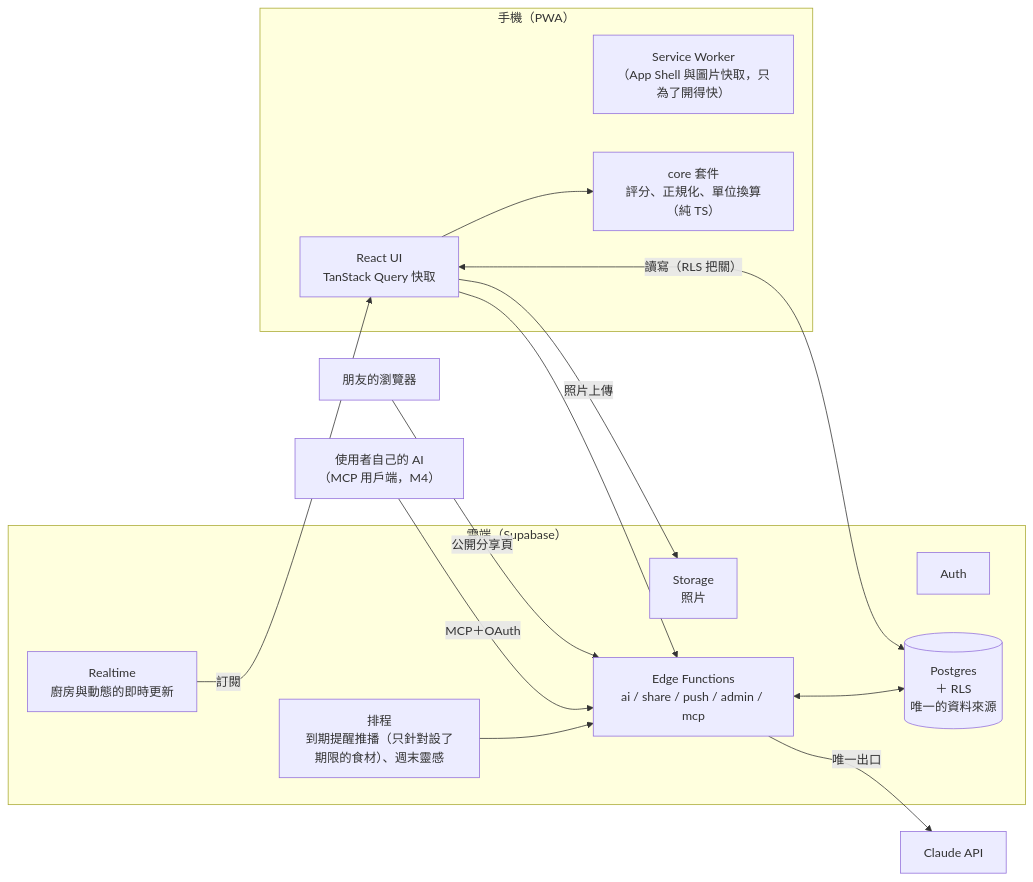
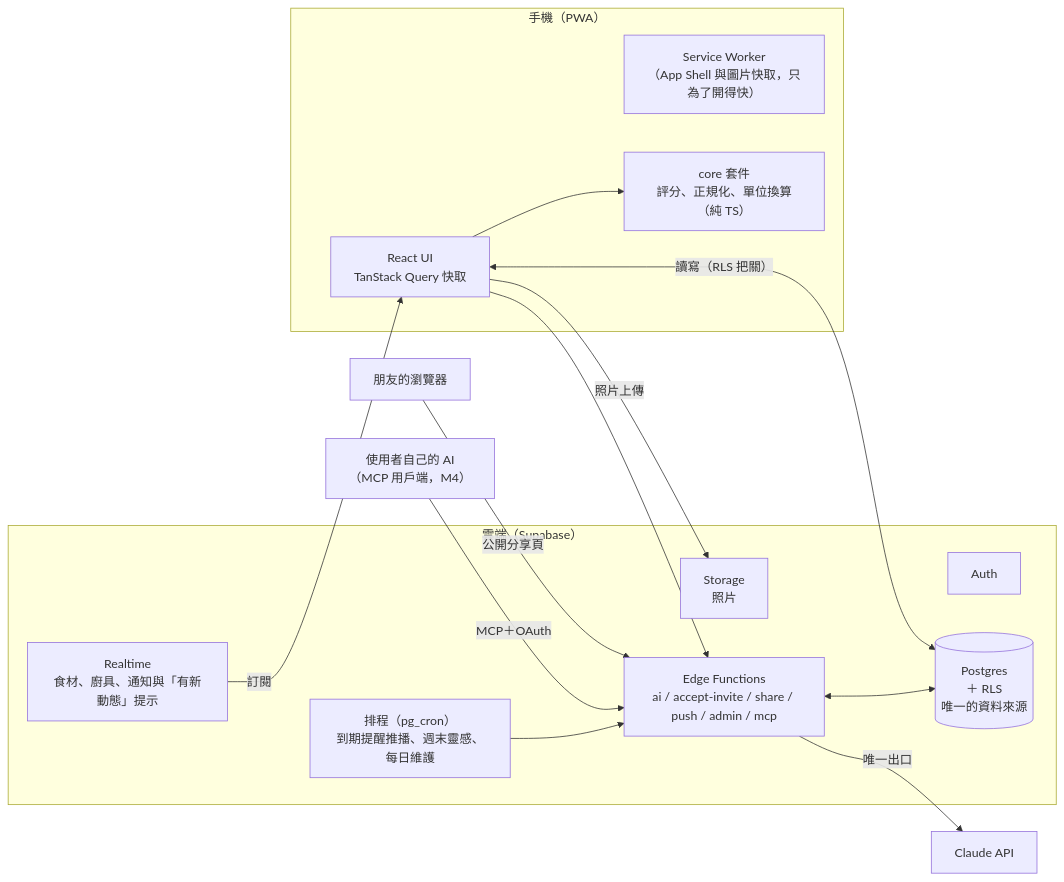
The diagram in docs/04-architecture.md (LeeBoYin/cooking-recipe-app), drawn with Mermaid before and after one commit. The commit also changed other lines of this file and 14 other files, not shown here.

````diff
--- a/docs/04-architecture.md
+++ b/docs/04-architecture.md
@@ -5,32 +5,32 @@
 ```mermaid
 flowchart LR
   subgraph Phone["手機（PWA）"]
     UI["React UI<br/>TanStack Query 快取"]
     SW["Service Worker<br/>（App Shell 與圖片快取，只為了開得快）"]
     Core["core 套件<br/>評分、正規化、單位換算（純 TS）"]
     UI --> Core
   end
 
   subgraph Cloud["雲端（Supabase）"]
     Auth["Auth"]
     PG[("Postgres<br/>＋ RLS<br/>唯一的資料來源")]
-    RT["Realtime<br/>廚房與動態的即時更新"]
+    RT["Realtime<br/>食材、廚具、通知與「有新動態」提示"]
     ST["Storage<br/>照片"]
-    EF["Edge Functions<br/>ai / share / push / admin / mcp"]
-    Cron["排程<br/>到期提醒推播（只針對設了期限的食材）、週末靈感"]
+    EF["Edge Functions<br/>ai / accept-invite / share / push / admin / mcp"]
+    Cron["排程（pg_cron）<br/>到期提醒推播、週末靈感、每日維護"]
   end
 
   AI["Claude API"]
   Friend["朋友的瀏覽器"]
   UserAI["使用者自己的 AI<br/>（MCP 用戶端，M4）"]
 
   UI <-->|讀寫（RLS 把關）| PG
   RT -->|訂閱| UI
   UI -->|照片上傳| ST
   UI --> EF
   EF <--> PG
   EF -->|唯一出口| AI
   Friend -->|公開分享頁| EF
   UserAI -->|MCP＋OAuth| EF
   Cron --> EF
 ```
````
